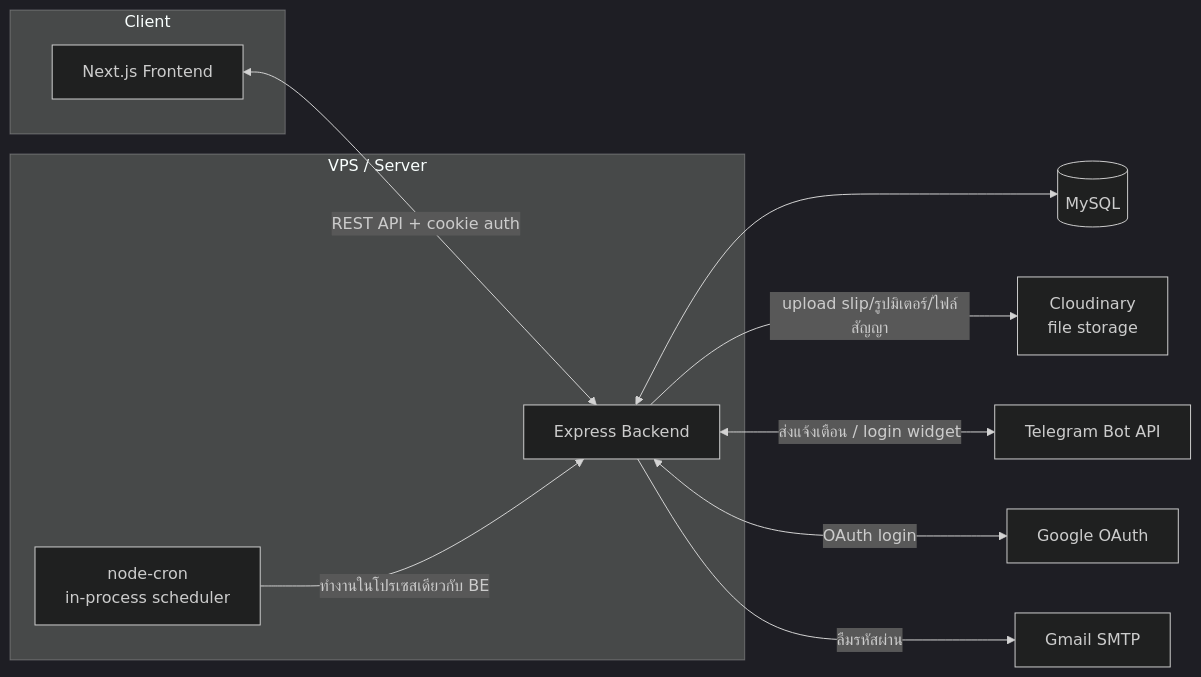
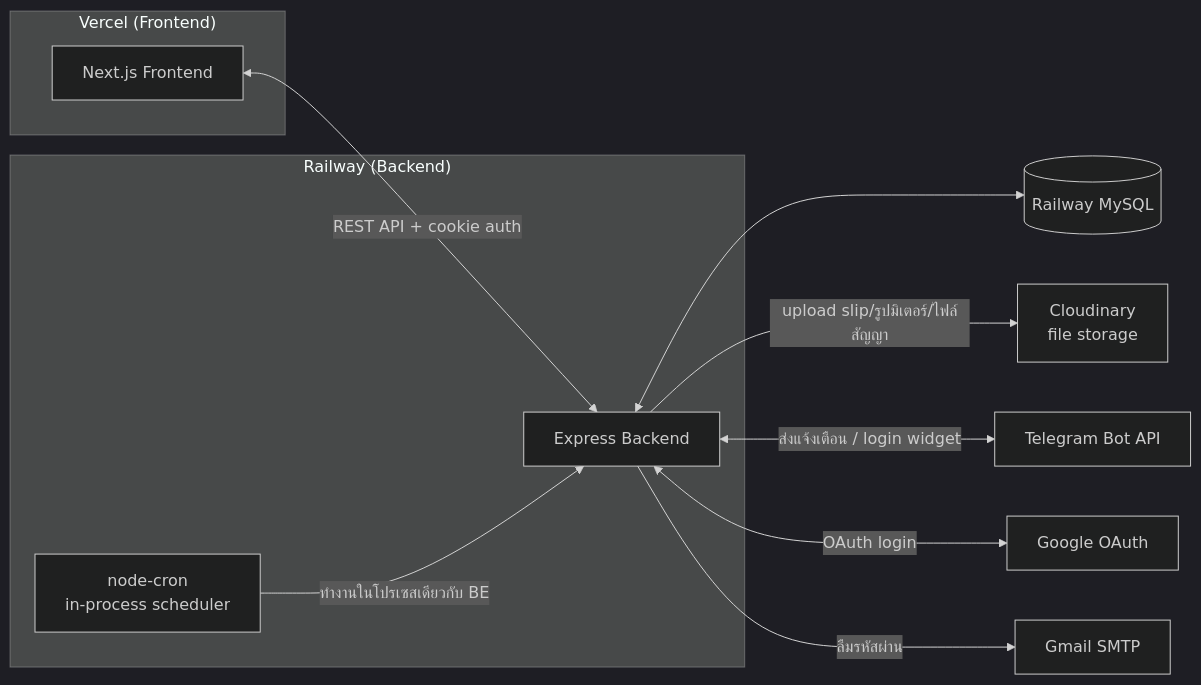
Before and after one commit to natthakit111/SDMS: the first of 5 diagrams in docs/ARCHITECTURE.md, drawn with Mermaid (dark theme). The commit also changed 1 other file, not shown here.

Commit message:
docs: แก้เอกสาร deploy ที่ขัดแย้งกันเอง (PM2/VPS เก่า vs Railway ใหม่)
CRON_SETUP.md และ ARCHITECTURE.md ยังพูดถึง PM2/VPS เป็นหลักทั้งที่ DEPLOYMENT.md เปลี่ยนไปใช้ Railway (backend) + Vercel (frontend) แล้ว ทำให้อ่านแล้วขัดแย้งกันเองว่าจริงๆ deploy ยังไงกันแน่ — คำเตือนเรื่องห้ามรันหลาย instance (cron จะซ้ำ) ยังถูกต้องอยู่ แค่ยกตัวอย่างผิด platform

แก้ ARCHITECTURE.md diagram ให้ระบุ Railway/Vercel ตรงกับของจริง, แก้ CRON_SETUP.md ให้อ้าง Railway Replica=1 เป็นหลัก (ตรงกับที่ DEPLOYMENT.md เตือนไว้แล้ว) เก็บ PM2 ไว้เป็นทางเลือกสำหรับคน self-host เอง ไม่ได้ลบทิ้ง เพราะยังใช้ได้จริงถ้าไม่ได้ deploy บน Railway

````diff
--- a/docs/ARCHITECTURE.md
+++ b/docs/ARCHITECTURE.md
@@ -7,23 +7,23 @@
 ```mermaid
 flowchart LR
-    subgraph Client
+    subgraph Client["Vercel (Frontend)"]
         FE[Next.js Frontend]
     end
-    subgraph Server["VPS / Server"]
+    subgraph Server["Railway (Backend)"]
         BE[Express Backend]
         CRON[node-cron\nin-process scheduler]
     end
-    DB[(MySQL)]
+    DB[(Railway MySQL)]
     CLOUD[Cloudinary\nfile storage]
     TG[Telegram Bot API]
     GOOGLE[Google OAuth]
     MAIL[Gmail SMTP]
 
     FE <-->|REST API + cookie auth| BE
     BE <--> DB
     BE -->|upload slip/รูปมิเตอร์/ไฟล์สัญญา| CLOUD
     BE <-->|ส่งแจ้งเตือน / login widget| TG
     BE <-->|OAuth login| GOOGLE
     BE -->|ลืมรหัสผ่าน| MAIL
     CRON -->|ทำงานในโปรเซสเดียวกับ BE| BE
 ```
````
